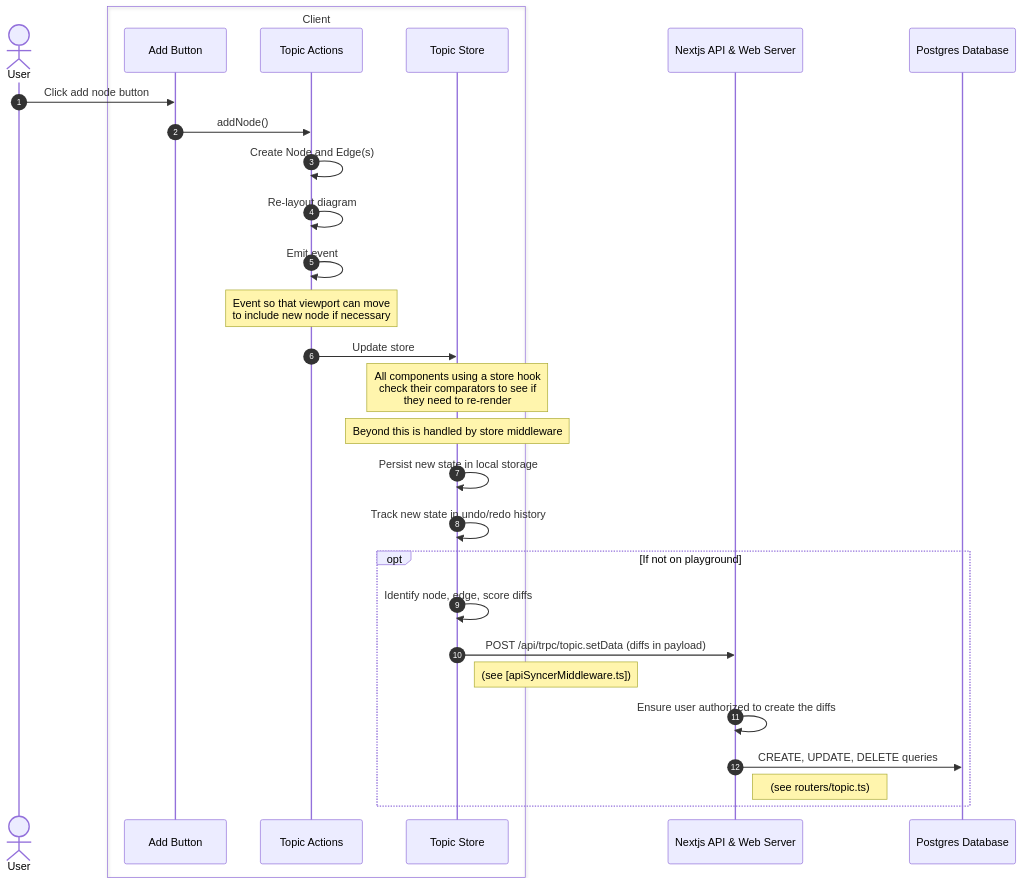
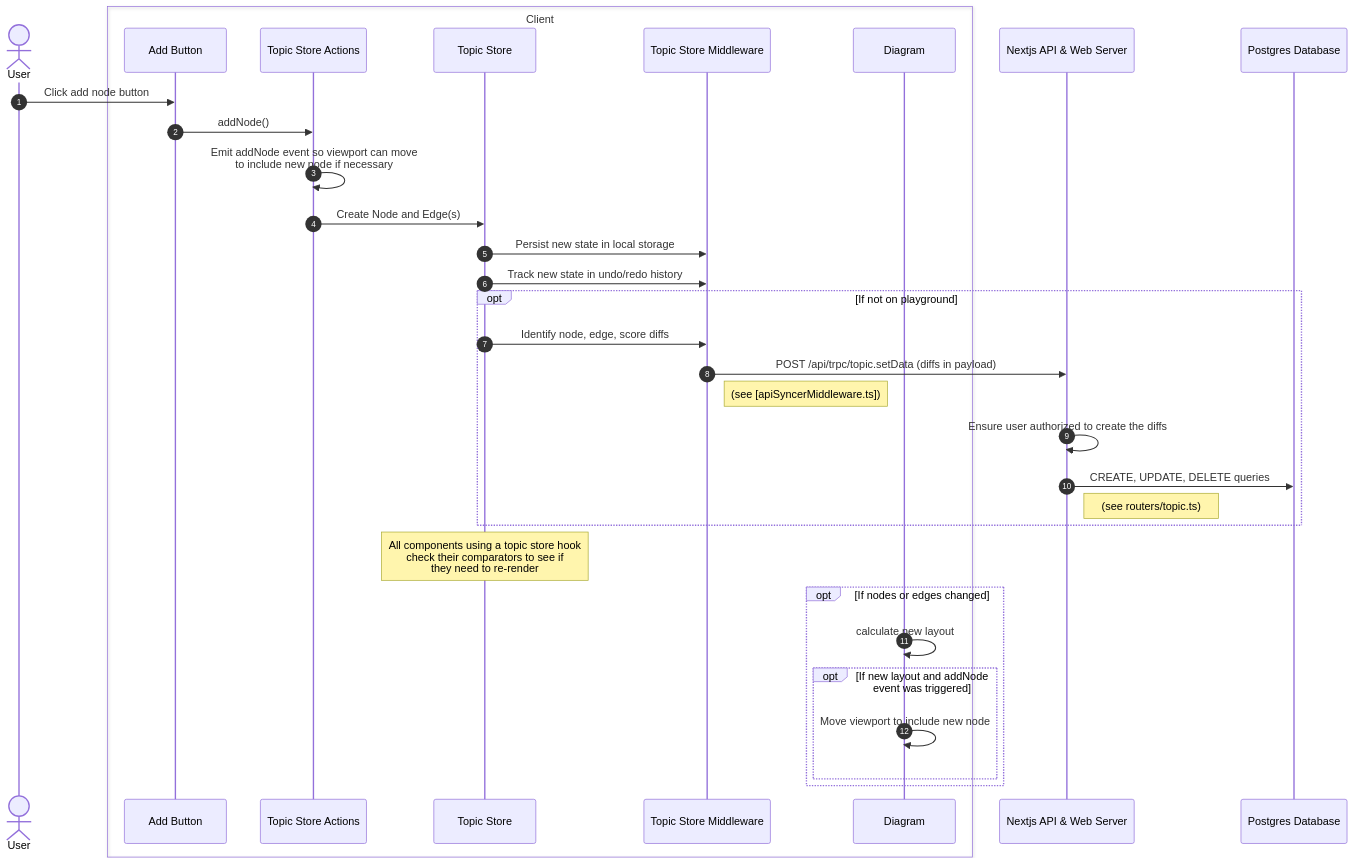
The second of 2 diagrams in design-docs/data-flow.md (amelioro/ameliorate), drawn with Mermaid before and after one commit. The commit also changed other lines of this file, not shown here.

Commit message:
docs(data-flow): update & clean up

````diff
--- a/design-docs/data-flow.md
+++ b/design-docs/data-flow.md
@@ -29,37 +47,43 @@
 ```mermaid
 sequenceDiagram
   autonumber
   actor User
 
   box Client
     participant Add Button
-    participant Topic Actions
+    participant Topic Store Actions
     participant Topic Store
+    participant Topic Store Middleware
+    participant Diagram
   end
 
   participant Server as Nextjs API & Web Server
   participant Database as Postgres Database
 
   User->>Add Button: Click add node button
-  Add Button->>Topic Actions: addNode()
-  Topic Actions->>Topic Actions: Create Node and Edge(s)
-  Topic Actions->>Topic Actions: Re-layout diagram
-  Topic Actions->>Topic Actions: Emit event
-  Note over Topic Actions: Event so that viewport can move<br/>to include new node if necessary
-  Topic Actions->>Topic Store: Update store
-  Note over Topic Store: All components using a store hook<br/>check their comparators to see if<br/>they need to re-render
+  Add Button->>Topic Store Actions: addNode()
+  Topic Store Actions->>Topic Store Actions: Emit addNode event so viewport can move<br/>to include new node if necessary
+  Topic Store Actions->>Topic Store: Create Node and Edge(s)
 
-  Note over Topic Store: Beyond this is handled by store middleware
-  Topic Store->>Topic Store: Persist new state in local storage
-  Topic Store->>Topic Store: Track new state in undo/redo history
+  Topic Store->>Topic Store Middleware: Persist new state in local storage
+  Topic Store->>Topic Store Middleware: Track new state in undo/redo history
 
   opt If not on playground
-    Topic Store->>Topic Store: Identify node, edge, score diffs
-    Topic Store->>Server: POST /api/trpc/topic.setData (diffs in payload)
-    Note right of Topic Store: (see [apiSyncerMiddleware.ts])
+    Topic Store->>Topic Store Middleware: Identify node, edge, score diffs
+    Topic Store Middleware->>Server: POST /api/trpc/topic.setData (diffs in payload)
+    Note right of Topic Store Middleware: (see [apiSyncerMiddleware.ts])
     Server->>Server: Ensure user authorized to create the diffs
     Server->>Database: CREATE, UPDATE, DELETE queries
     Note right of Server: (see routers/topic.ts)
   end
 
+  Note over Topic Store: All components using a topic store hook<br/>check their comparators to see if<br/>they need to re-render
+
+  opt If nodes or edges changed
+    Diagram->>Diagram: calculate new layout
+
+    opt If new layout and addNode event was triggered
+      Diagram->>Diagram: Move viewport to include new node
+    end
+  end
 ```
````
